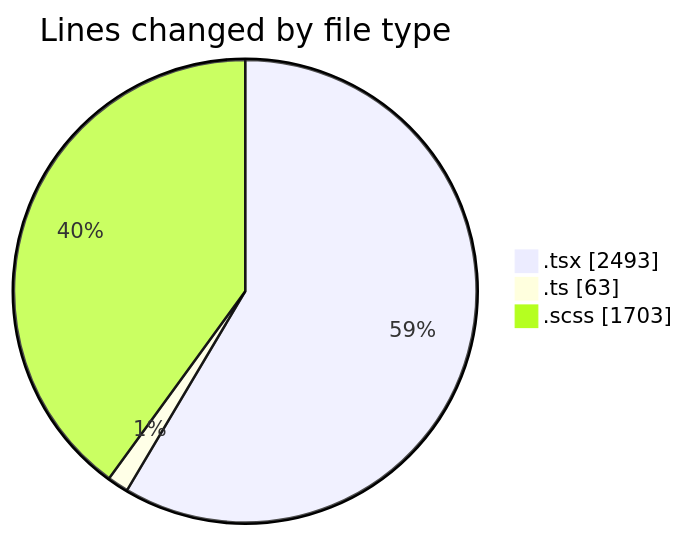
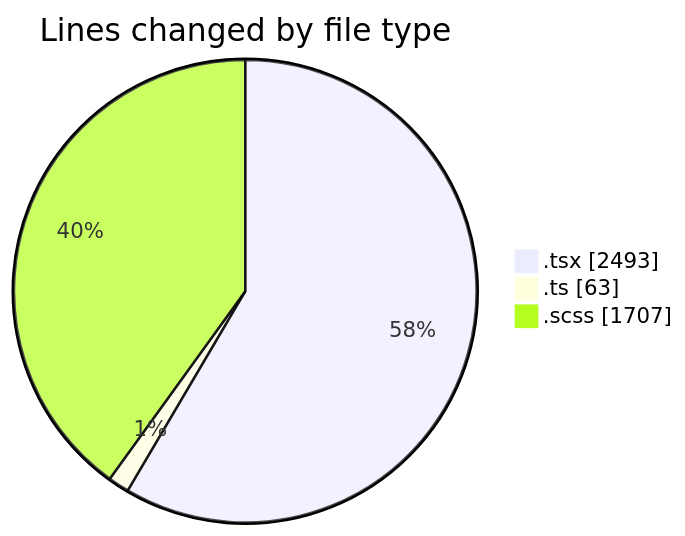
The first of 2 diagrams in 2025-04-02/cda/README.md (momahboobian/code-tracking), drawn with Mermaid before and after one commit. The commit also changed other lines of this file and 1 other file, not shown here.

````diff
--- a/2025-04-02/cda/README.md
+++ b/2025-04-02/cda/README.md
@@ -30,7 +30,7 @@
 ```mermaid
 pie showData
 title Lines changed by file type
 ".tsx" : 2493
 ".ts" : 63
-".scss" : 1703
+".scss" : 1707
 ```
````
